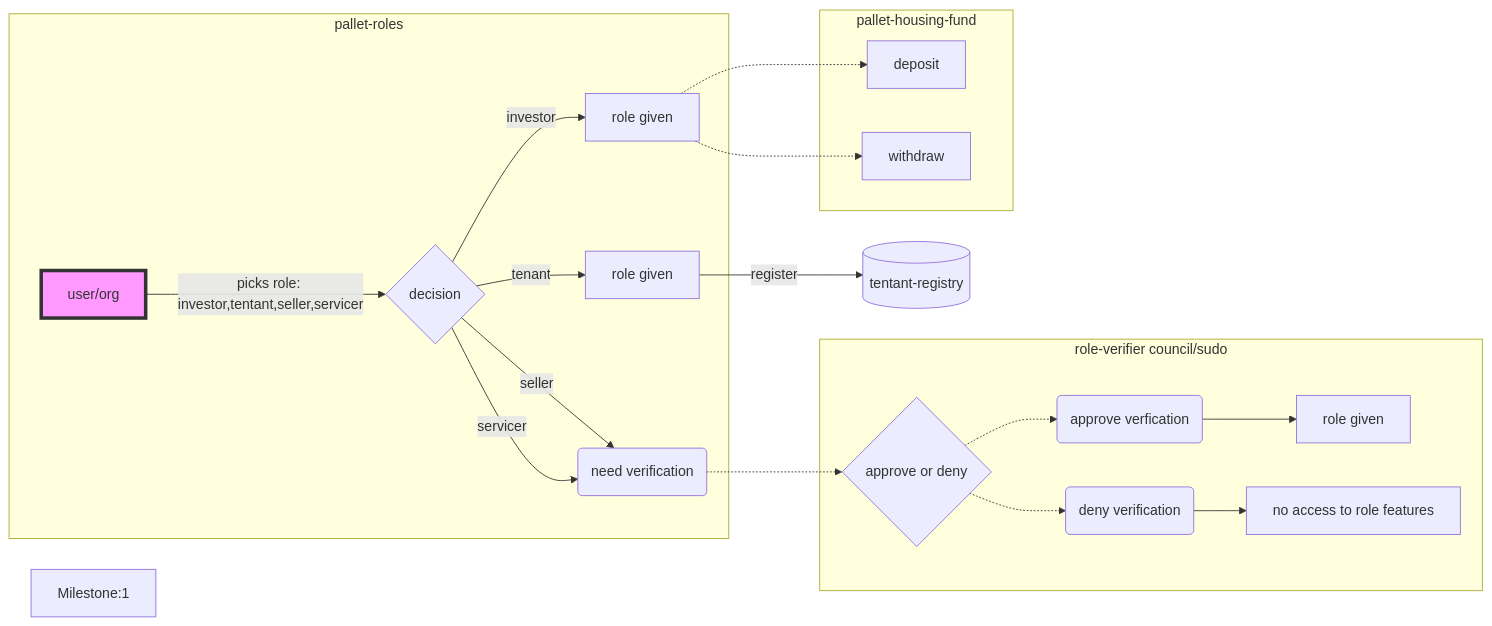
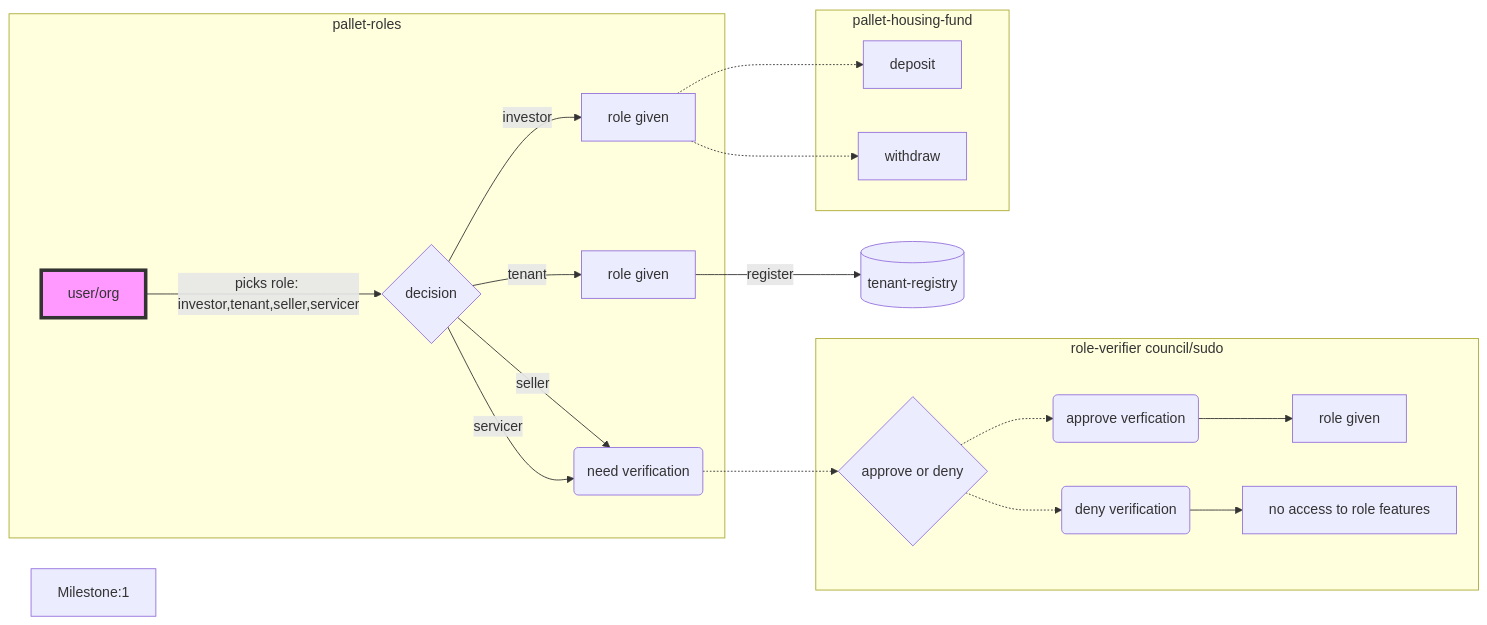
One commit to w3f/Grants-Program changed the second of 5 diagrams in applications/fair_squares.md. Above: the diagram before and after it, drawn with Mermaid. The commit also changed other lines of this file, not shown here.

````diff
--- a/applications/fair_squares.md
+++ b/applications/fair_squares.md
@@ -319,24 +347,24 @@
 ```mermaid
 flowchart LR
 Milestone:1
-    D -->|register| Z[(tentant-registry)]
+    D -->|register| Z[(tenant-registry)]
     subgraph pallet-roles
-    A[user/org] -->|picks role: investor,tentant,seller,servicer| B{decision}
+    A[user/org] -->|picks role: investor,tenant,seller,servicer| B{decision}
     B -->|investor| C[role given]
     B -->|tenant| D[role given]
     B -->|seller| E{verifier}
     B -->|servicer| E(need verification)
     end
     subgraph role-verifier council/sudo
     E .-> F{approve or deny}
     F .-> G(approve verfication)
     F .-> K(deny verification)
     G --> J[role given]
     K --> L[no access to role features]
     end
     subgraph pallet-housing-fund
     C .-> H[deposit]
     C .-> I[withdraw]
     end
     style A fill:#f9f,stroke:#333,stroke-width:4px
 ```
````
